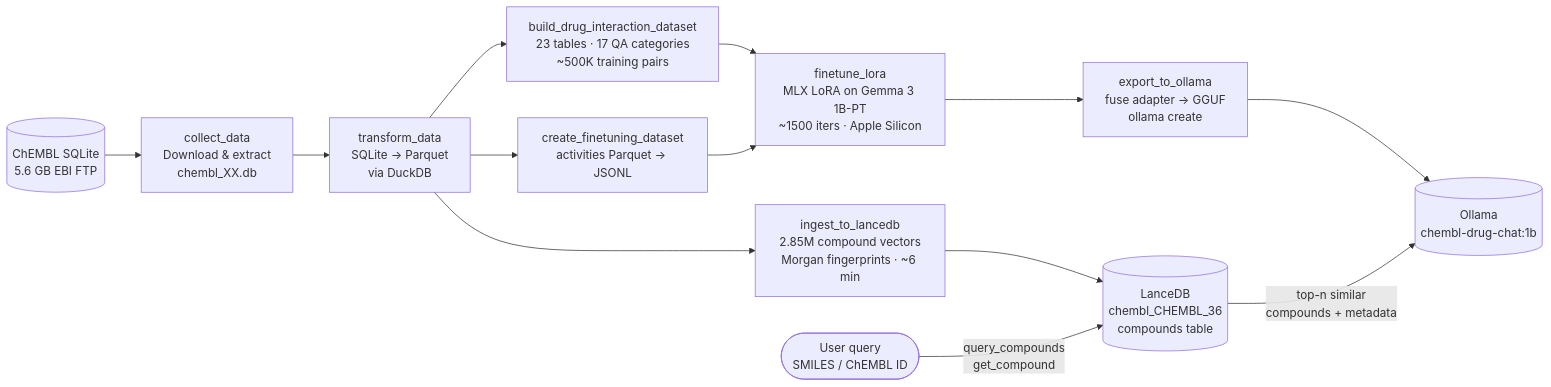
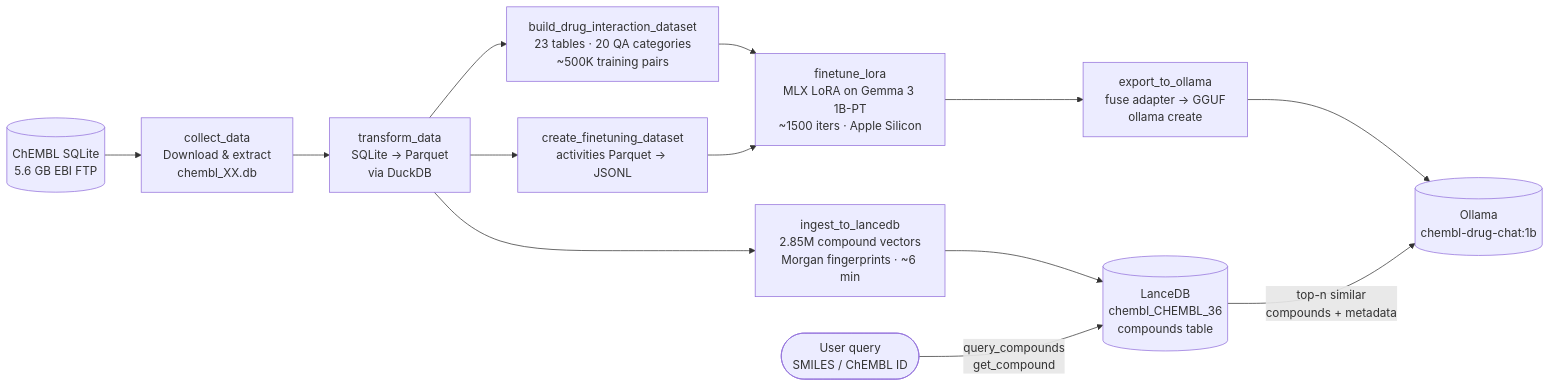
The diagram in README.md (AymanSulaiman/chem_mlops), drawn with Mermaid before and after one commit. The commit also changed other lines of this file and 10 other files, not shown here.

````diff
--- a/README.md
+++ b/README.md
@@ -9,20 +9,20 @@
 ```mermaid
 flowchart LR
     EBI[(ChEMBL SQLite\n5.6 GB EBI FTP)] --> COL[collect_data\nDownload & extract\nchembl_XX.db]
     COL --> TRF[transform_data\nSQLite → Parquet\nvia DuckDB]
 
-    TRF --> DDI[build_drug_interaction_dataset\n23 tables · 17 QA categories\n~500K training pairs]
+    TRF --> DDI[build_drug_interaction_dataset\n23 tables · 20 QA categories\n~500K training pairs]
     TRF --> FDS[create_finetuning_dataset\nactivities Parquet → JSONL]
     TRF --> ING[ingest_to_lancedb\n2.85M compound vectors\nMorgan fingerprints · ~6 min]
 
     ING --> LDB[(LanceDB\nchembl_CHEMBL_36\ncompounds table)]
 
     DDI --> FT[finetune_lora\nMLX LoRA on Gemma 3 1B-PT\n~1500 iters · Apple Silicon]
     FDS --> FT
 
     FT --> EXP[export_to_ollama\nfuse adapter → GGUF\nollama create]
     EXP --> OLL[(Ollama\nchembl-drug-chat:1b)]
 
     USR([User query\nSMILES / ChEMBL ID]) -->|query_compounds\nget_compound| LDB
     LDB -->|top-n similar\ncompounds + metadata| OLL
 ```
````
